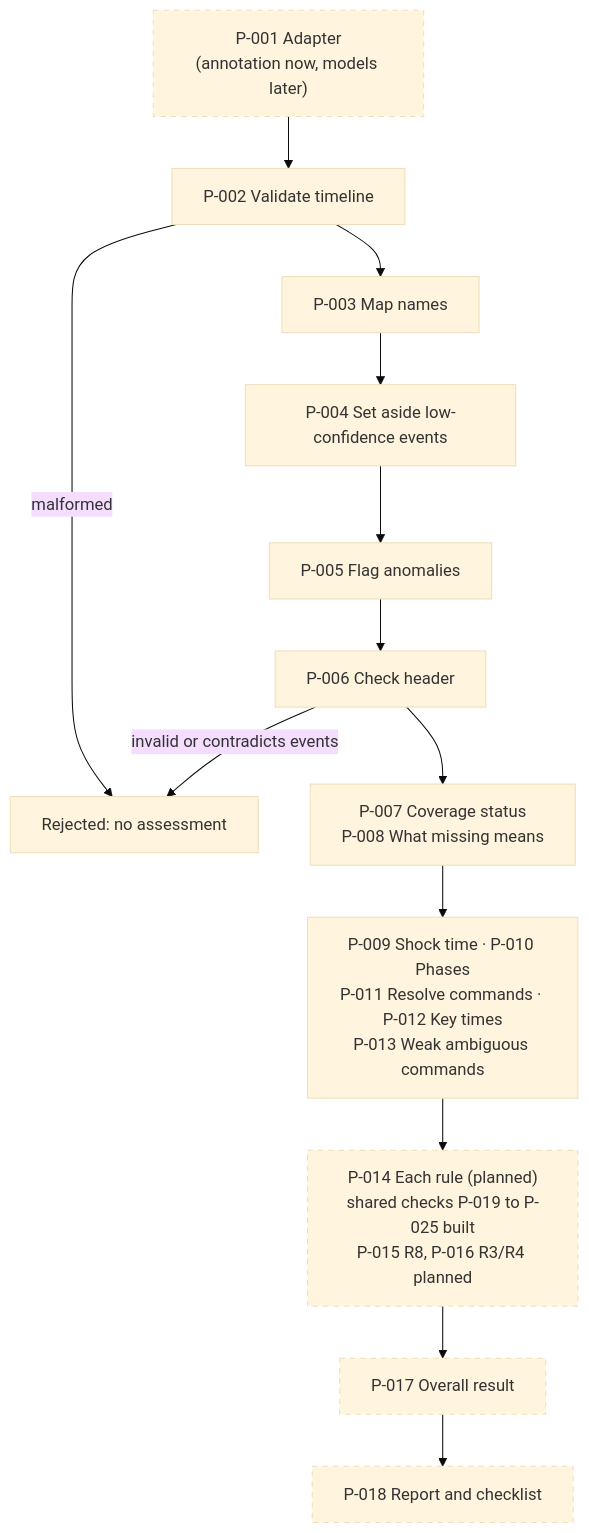
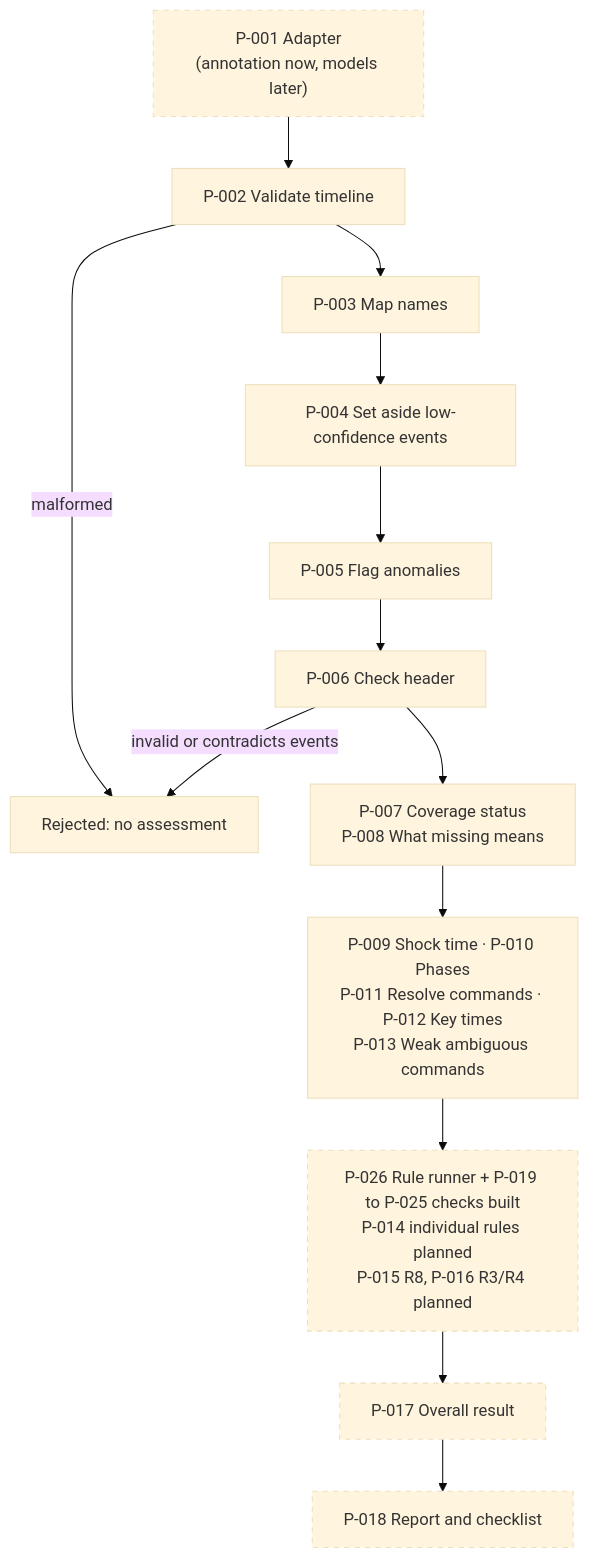
The second of 8 diagrams in docs/rule_engine/diagrams.md (ananthu65/defibrillator_research), drawn with Mermaid (base theme) before and after one commit. The commit also changed other lines of this file and 17 other files, not shown here.

````diff
--- a/docs/rule_engine/diagrams.md
+++ b/docs/rule_engine/diagrams.md
@@ -35,21 +35,21 @@
 ```mermaid
 flowchart TD
     A["P-001 Adapter<br/>(annotation now, models later)"]:::planned
     B["P-002 Validate timeline"]
     C["P-003 Map names"]
     D["P-004 Set aside low-confidence events"]
     E["P-005 Flag anomalies"]
     F["P-006 Check header"]
     G["P-007 Coverage status<br/>P-008 What missing means"]
     H["P-009 Shock time · P-010 Phases<br/>P-011 Resolve commands · P-012 Key times<br/>P-013 Weak ambiguous commands"]
-    I["P-014 Each rule (planned)<br/>shared checks P-019 to P-025 built<br/>P-015 R8, P-016 R3/R4 planned"]:::planned
+    I["P-026 Rule runner + P-019 to P-025 checks built<br/>P-014 individual rules planned<br/>P-015 R8, P-016 R3/R4 planned"]:::planned
     J["P-017 Overall result"]:::planned
     K["P-018 Report and checklist"]:::planned
     X["Rejected: no assessment"]
     A --> B
     B -->|malformed| X
     B --> C --> D --> E --> F
     F -->|invalid or contradicts events| X
     F --> G --> H --> I --> J --> K
     classDef planned stroke-dasharray: 5 5
 ```
````
